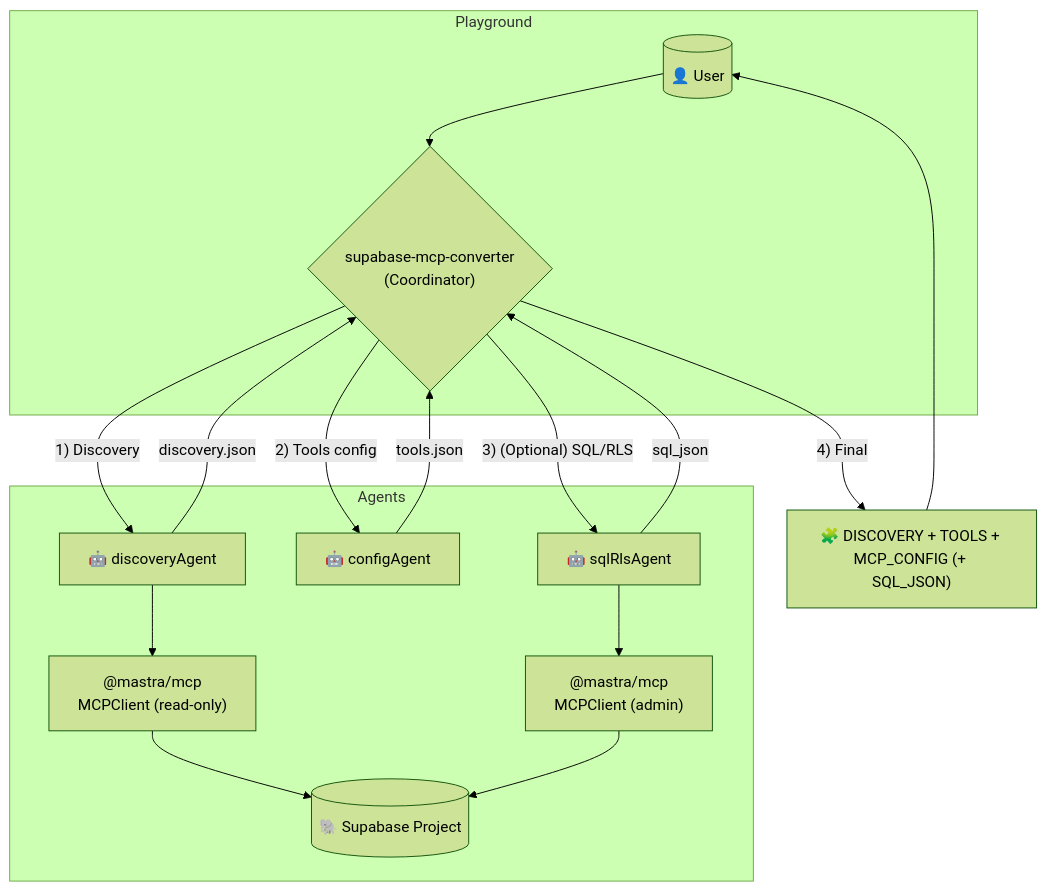
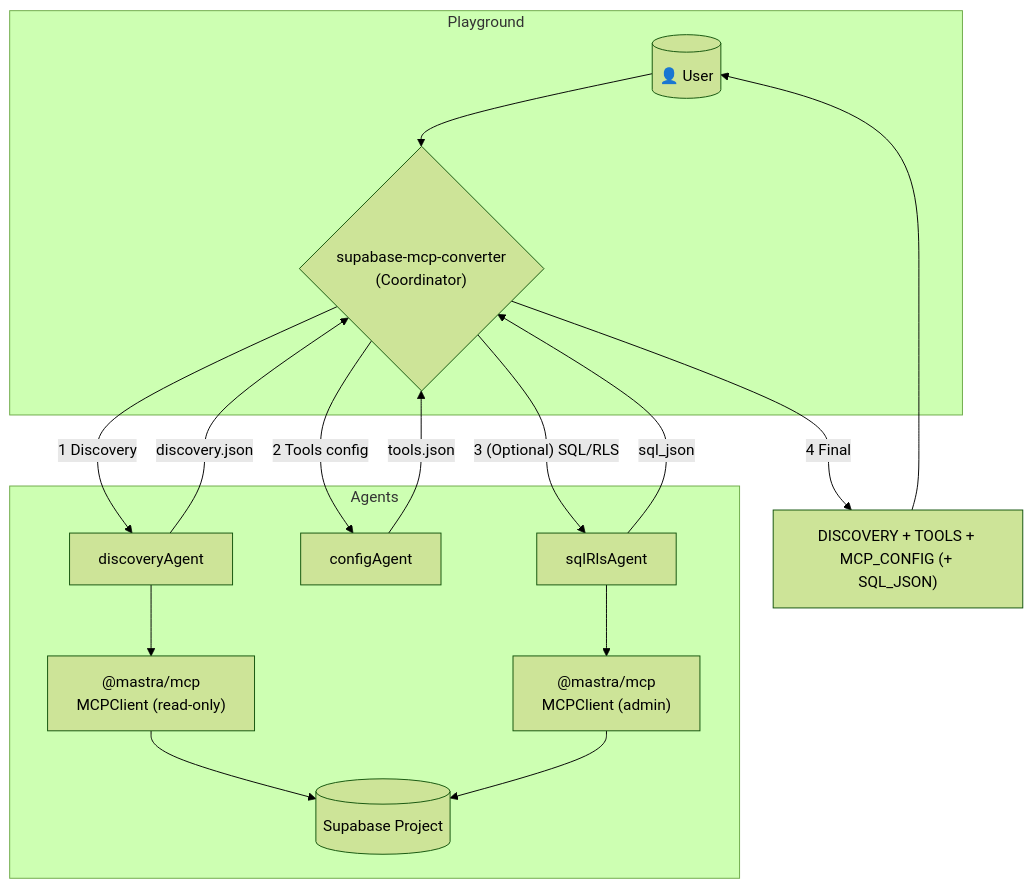
Before and after one commit to priyamvm-sys/supaMCPBuilder: the diagram in README.md, drawn with Mermaid (forest theme).

````diff
--- a/README.md
+++ b/README.md
@@ -52,24 +52,24 @@
 ```mermaid
 graph TD
   subgraph "Playground"
     User[("👤 User")] --> Network{"supabase-mcp-converter\n(Coordinator)"}
   end
 
   subgraph "Agents"
-    Network -- "1) Discovery" --> D["🤖 discoveryAgent"]
+    Network -- "1 Discovery" --> D[" discoveryAgent"]
     D --> MCP["@mastra/mcp\nMCPClient (read-only)"]
-    MCP --> DB[("🐘 Supabase Project")]
+    MCP --> DB[(" Supabase Project")]
     D -- "discovery.json" --> Network
 
-    Network -- "2) Tools config" --> C["🤖 configAgent"]
+    Network -- "2 Tools config" --> C[" configAgent"]
     C -- "tools.json" --> Network
 
-    Network -- "3) (Optional) SQL/RLS" --> S["🤖 sqlRlsAgent"]
+    Network -- "3 (Optional) SQL/RLS" --> S[" sqlRlsAgent"]
     S --> MCPAdmin["@mastra/mcp\nMCPClient (admin)"]
     MCPAdmin --> DB
     S -- "sql_json" --> Network
   end
 
-  Network -- "4) Final" --> Output["🧩 DISCOVERY + TOOLS + MCP_CONFIG (+ SQL_JSON)"]
+  Network -- "4 Final" --> Output[" DISCOVERY + TOOLS + MCP_CONFIG (+ SQL_JSON)"]
   Output --> User
 ```
````
